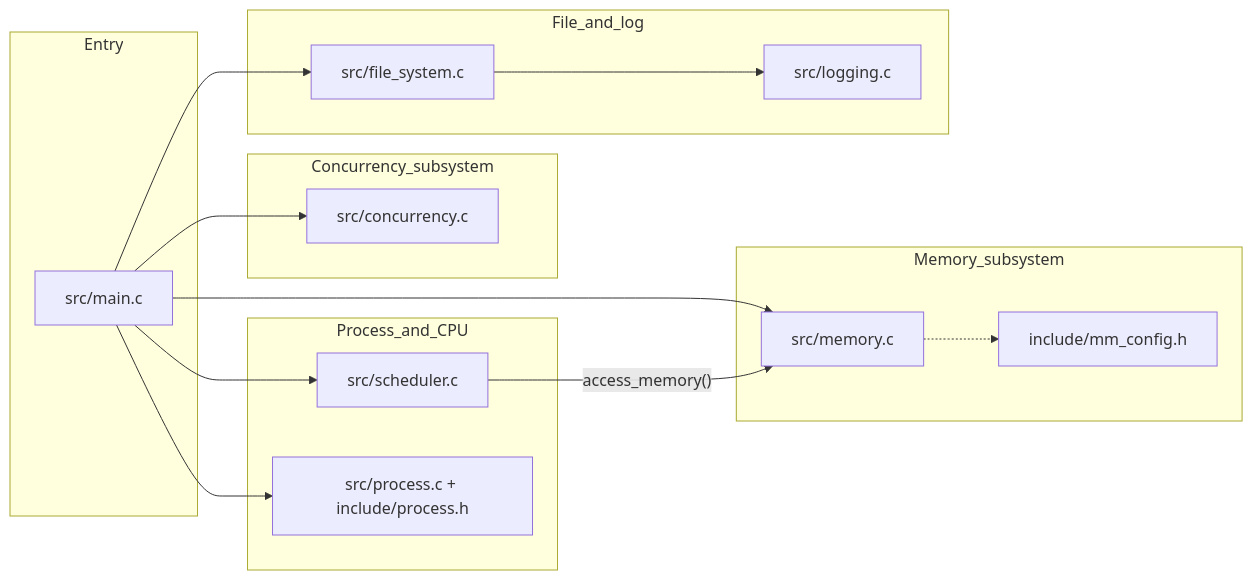
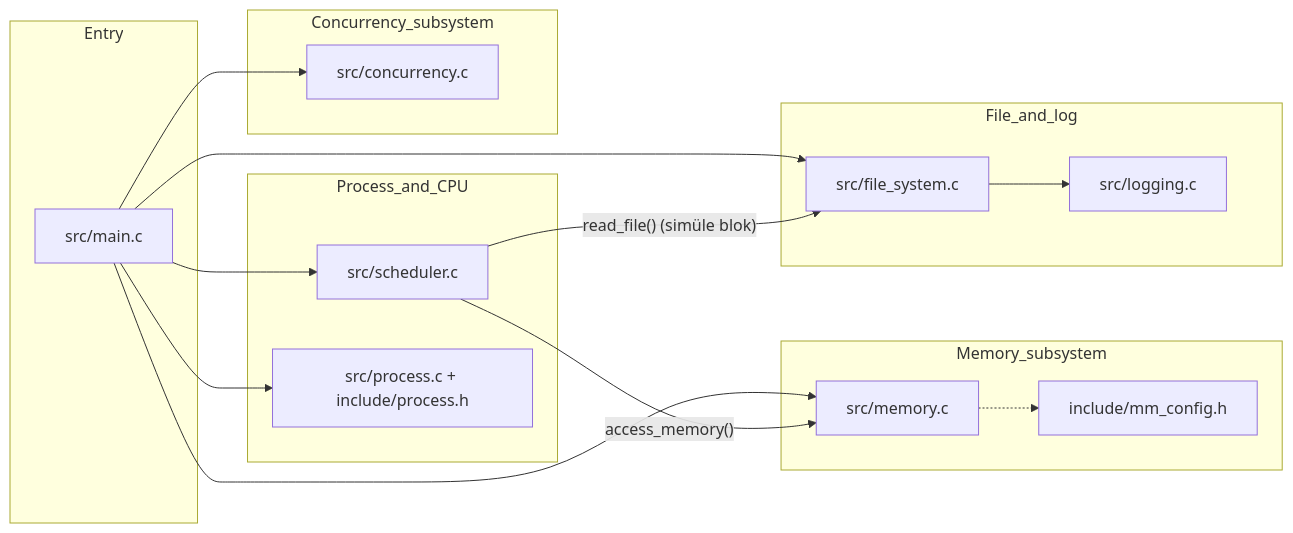
Before and after one commit to OS-Project1/Mini-OS-Simulator: the first of 2 diagrams in README.md, drawn with Mermaid. The commit also changed other lines of this file and 5 other files, not shown here.

First line of the commit message:
Integrate file I/O with scheduler and document cross-component flow.

````diff
--- a/README.md
+++ b/README.md
@@ -47,35 +48,36 @@
 ```mermaid
 flowchart LR
     subgraph Entry
         MAIN[src/main.c]
     end
 
     subgraph Process_and_CPU
         SCHED[src/scheduler.c]
         PROC[src/process.c + include/process.h]
     end
 
     subgraph Memory_subsystem
         MEM[src/memory.c]
         MMC[include/mm_config.h]
     end
 
     subgraph Concurrency_subsystem
         CONC[src/concurrency.c]
     end
 
     subgraph File_and_log
         FS[src/file_system.c]
         LOG[src/logging.c]
     end
 
     MAIN --> SCHED
     MAIN --> PROC
     MAIN --> MEM
     MAIN --> CONC
     MAIN --> FS
 
     SCHED -->|"access_memory()"| MEM
+    SCHED -->|"read_file() (simüle blok)"| FS
     MEM -.-> MMC
     FS --> LOG
 ```
````
